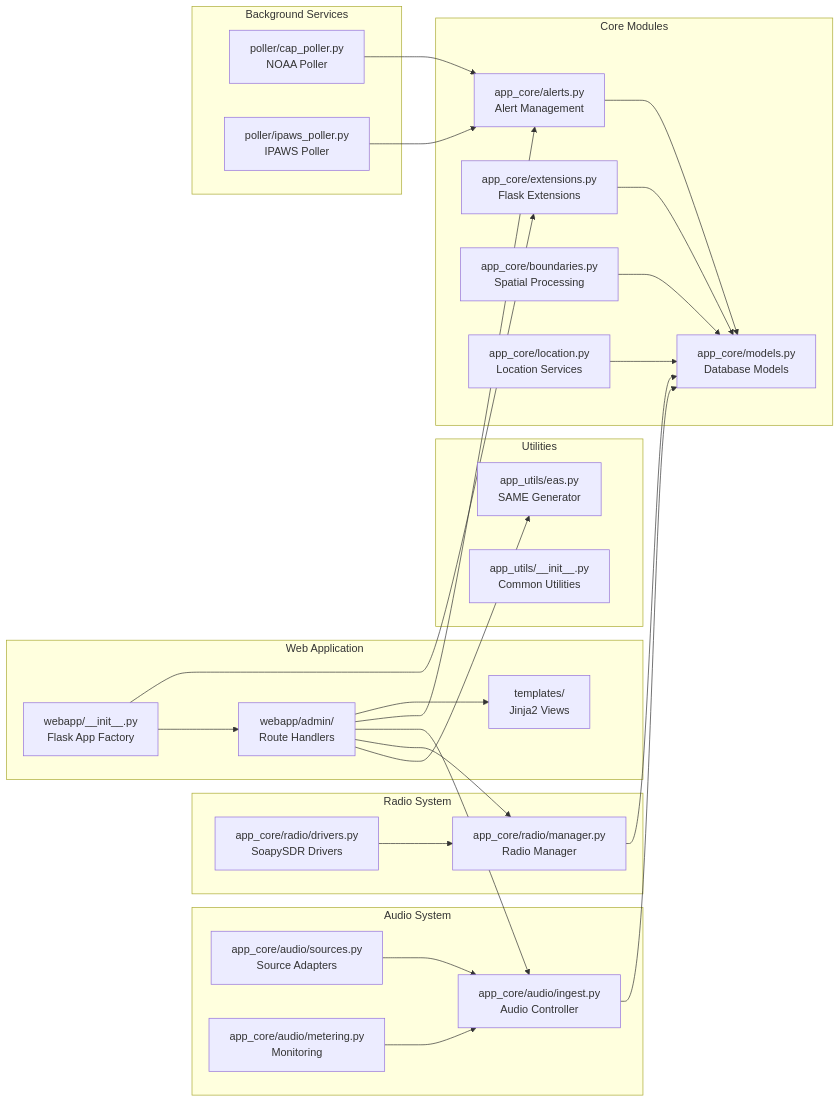
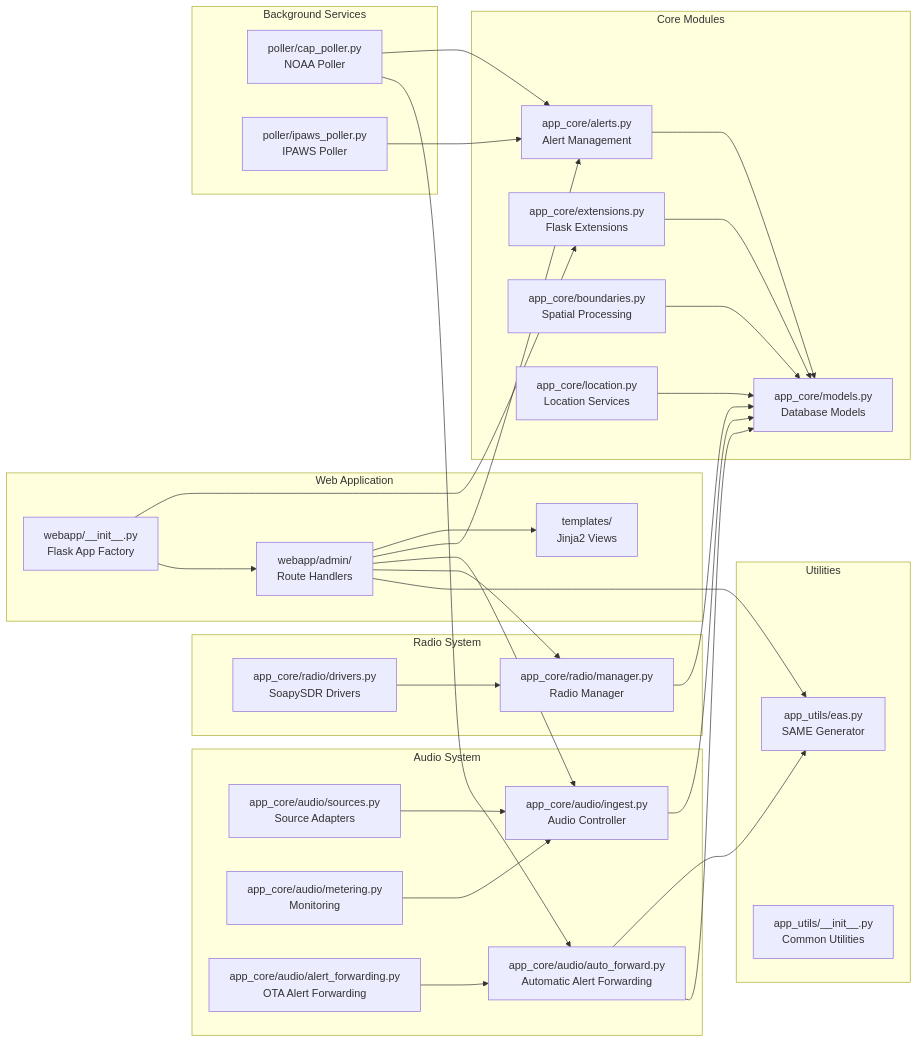
One commit to chelstein/eas-station changed the second of 21 diagrams in docs/architecture/SYSTEM_ARCHITECTURE.md. Above: the diagram before and after it, drawn with Mermaid. The commit also changed 4 other files, not shown here.

````diff
--- a/docs/architecture/SYSTEM_ARCHITECTURE.md
+++ b/docs/architecture/SYSTEM_ARCHITECTURE.md
@@ -139,57 +139,63 @@
 ```mermaid
 graph LR
     subgraph "Core Modules"
         MODELS[app_core/models.py<br>Database Models]
         EXT[app_core/extensions.py<br>Flask Extensions]
         ALERTS[app_core/alerts.py<br>Alert Management]
         BOUNDARIES[app_core/boundaries.py<br>Spatial Processing]
         LOCATION[app_core/location.py<br>Location Services]
     end
 
     subgraph "Audio System"
         AUDIO_INGEST[app_core/audio/ingest.py<br>Audio Controller]
         AUDIO_SOURCES[app_core/audio/sources.py<br>Source Adapters]
         AUDIO_METER[app_core/audio/metering.py<br>Monitoring]
+        AUTO_FWD[app_core/audio/auto_forward.py<br>Automatic Alert Forwarding]
+        ALERT_FWD[app_core/audio/alert_forwarding.py<br>OTA Alert Forwarding]
     end
 
     subgraph "Radio System"
         RADIO_MGR[app_core/radio/manager.py<br>Radio Manager]
         RADIO_DRV[app_core/radio/drivers.py<br>SoapySDR Drivers]
     end
 
     subgraph "Utilities"
         EAS_UTIL[app_utils/eas.py<br>SAME Generator]
         UTILS[app_utils/__init__.py<br>Common Utilities]
     end
 
     subgraph "Web Application"
         WEBAPP[webapp/__init__.py<br>Flask App Factory]
         ROUTES[webapp/admin/<br>Route Handlers]
         TEMPLATES[templates/<br>Jinja2 Views]
     end
 
     subgraph "Background Services"
         CAP_POLL[poller/cap_poller.py<br>NOAA Poller]
         IPAWS_POLL[poller/ipaws_poller.py<br>IPAWS Poller]
     end
 
     %% Dependencies
     EXT --> MODELS
     ALERTS --> MODELS
     BOUNDARIES --> MODELS
     LOCATION --> MODELS
     AUDIO_INGEST --> MODELS
     RADIO_MGR --> MODELS
     WEBAPP --> EXT
     WEBAPP --> ROUTES
     ROUTES --> TEMPLATES
     ROUTES --> ALERTS
     ROUTES --> AUDIO_INGEST
     ROUTES --> RADIO_MGR
     ROUTES --> EAS_UTIL
     CAP_POLL --> ALERTS
+    CAP_POLL --> AUTO_FWD
     IPAWS_POLL --> ALERTS
     AUDIO_SOURCES --> AUDIO_INGEST
     AUDIO_METER --> AUDIO_INGEST
     RADIO_DRV --> RADIO_MGR
+    AUTO_FWD --> EAS_UTIL
+    AUTO_FWD --> MODELS
+    ALERT_FWD --> AUTO_FWD
 ```
````
